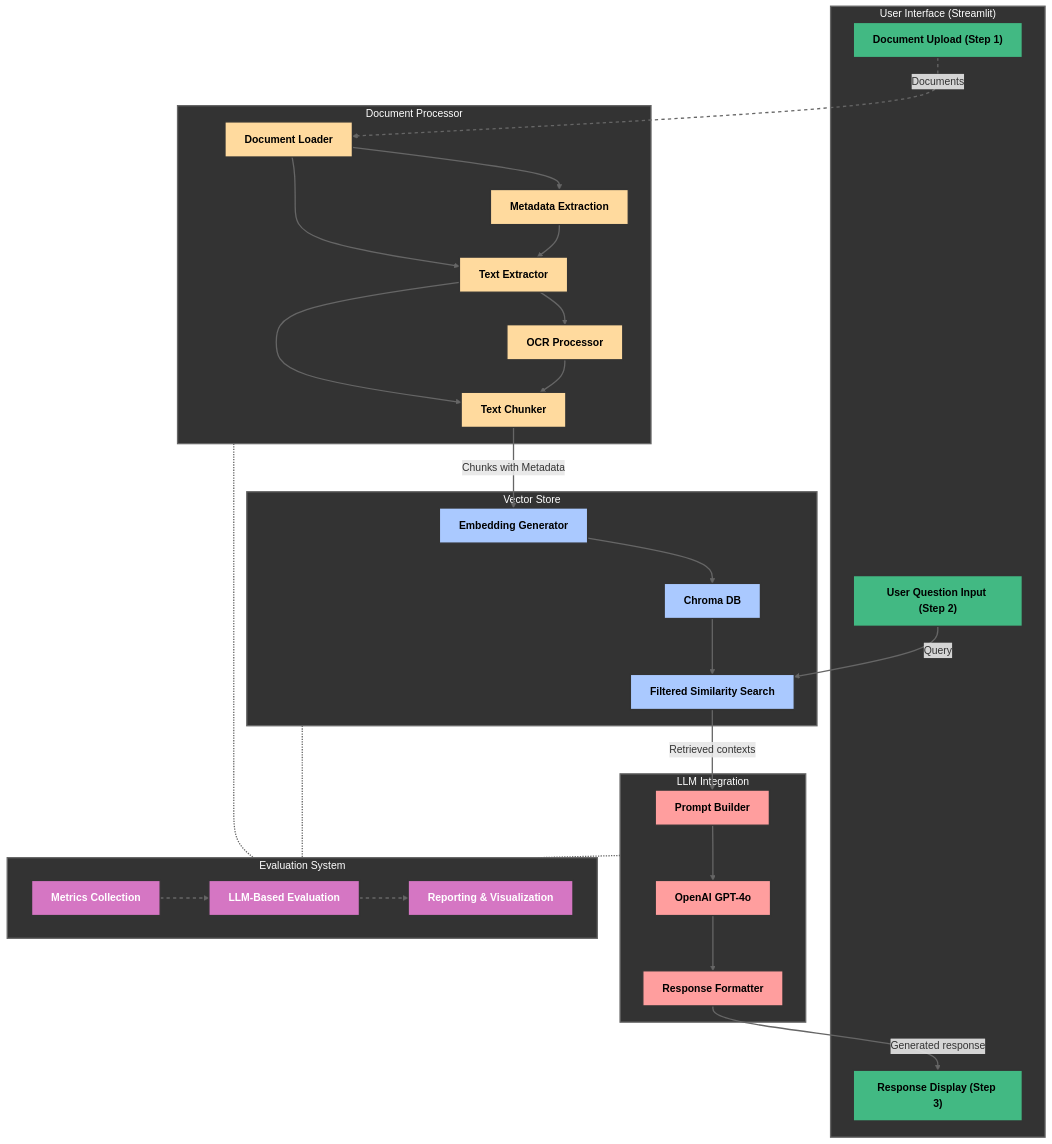
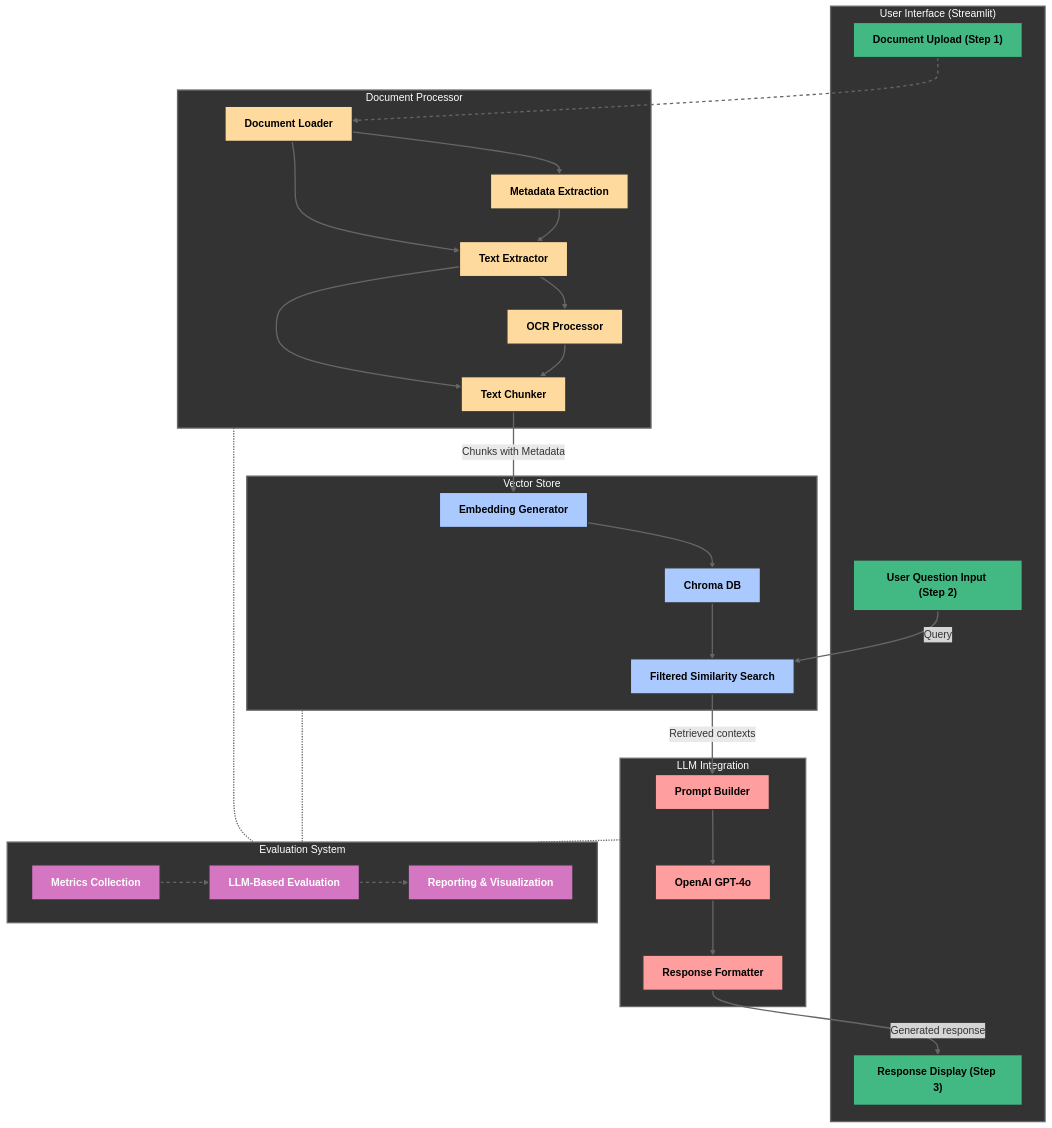
Before and after one commit to mdwaquarahmad/fortune500-rag: the diagram in README.md, drawn with Mermaid.

Commit message:
Documentation

````diff
--- a/README.md
+++ b/README.md
@@ -36,72 +36,72 @@
 ```mermaid
 flowchart TD
     %% User Interface Component
     subgraph UI["User Interface (Streamlit)"]
         style UI fill:#333333,stroke:#666666,stroke-width:2px,color:white
         A1["Document Upload (Step 1)"]
         A2["User Question Input (Step 2)"]
         A3["Response Display (Step 3)"]
     end
     
     %% Document Processor Component
     subgraph DP["Document Processor"]
         style DP fill:#333333,stroke:#666666,stroke-width:2px,color:white
         B1["Document Loader"] --> B2["Text Extractor"]
         B2 --> B3["OCR Processor"]
         B2 --> B4["Text Chunker"]
         B3 --> B4
         B1 --> B5["Metadata Extraction"]
         B5 --> B2
     end
     
     %% Vector Store Component
     subgraph VS["Vector Store"]
         style VS fill:#333333,stroke:#666666,stroke-width:2px,color:white
         C1["Embedding Generator"] --> C2["Chroma DB"]
         C2 --> C3["Filtered Similarity Search"]
     end
     
     %% LLM Integration Component
     subgraph LLM["LLM Integration"]
         style LLM fill:#333333,stroke:#666666,stroke-width:2px,color:white
         D1["Prompt Builder"] --> D2["OpenAI GPT-4o"]
         D2 --> D3["Response Formatter"]
     end
     
     %% Evaluation System Component
     subgraph EVAL["Evaluation System"]
         style EVAL fill:#333333,stroke:#666666,stroke-width:2px,color:white
         E1["Metrics Collection"] --> E2["LLM-Based Evaluation"]
         E2 --> E3["Reporting & Visualization"]
     end
     
-    %% Main Data Flow Connections - All Solid Lines
-    A1 -- "Documents" --> B1
+    %% Main Data Flow Connections
+    A1 --> B1
     B4 -- "Chunks with Metadata" --> C1
     A2 -- "Query" --> C3
     C3 -- "Retrieved contexts" --> D1
     D3 -- "Generated response" --> A3
     
     %% Evaluation System Connections - Only These are Dotted Lines
     DP -.- EVAL
     VS -.- EVAL
     LLM -.- EVAL
     
     %% Styling for specific components
     classDef uiComponents fill:#42b983,stroke:#333,stroke-width:2px,color:black,font-weight:bold
     classDef dpComponents fill:#ffda9e,stroke:#333,stroke-width:2px,color:black,font-weight:bold
     classDef vsComponents fill:#aac9ff,stroke:#333,stroke-width:2px,color:black,font-weight:bold
     classDef llmComponents fill:#ff9e9e,stroke:#333,stroke-width:2px,color:black,font-weight:bold
     classDef evalComponents fill:#d576c3,stroke:#333,stroke-width:2px,color:white,font-weight:bold
     
     %% Apply styles to components
     class A1,A2,A3 uiComponents
     class B1,B2,B3,B4,B5 dpComponents
     class C1,C2,C3 vsComponents
     class D1,D2,D3 llmComponents
     class E1,E2,E3 evalComponents
     
     %% Link styling - Main flow is solid, only evaluation connections are dotted
     linkStyle default stroke:#666,stroke-width:2px
     linkStyle 10,11,12 stroke:#666,stroke-width:2px,stroke-dasharray:5 5
 ```
````
